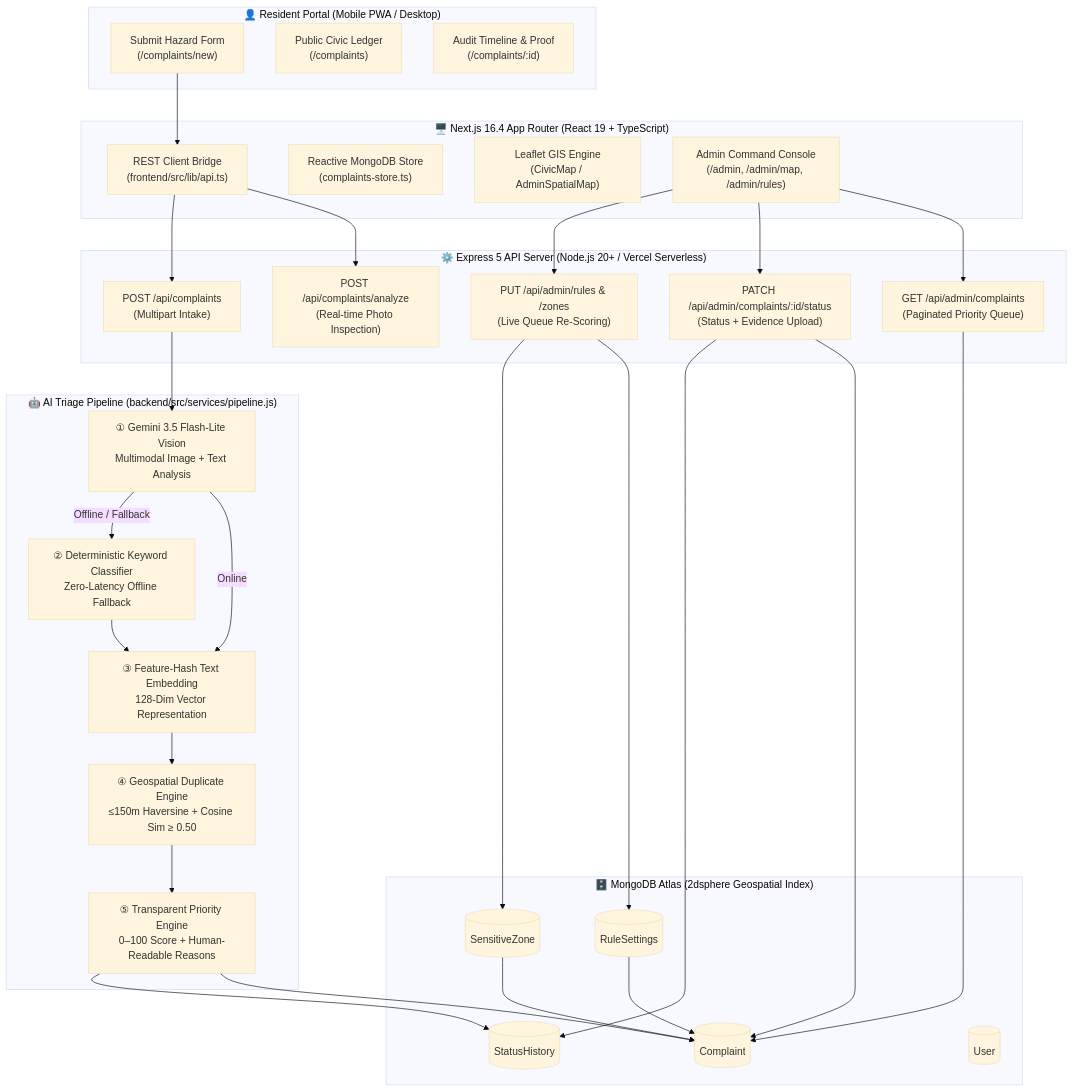
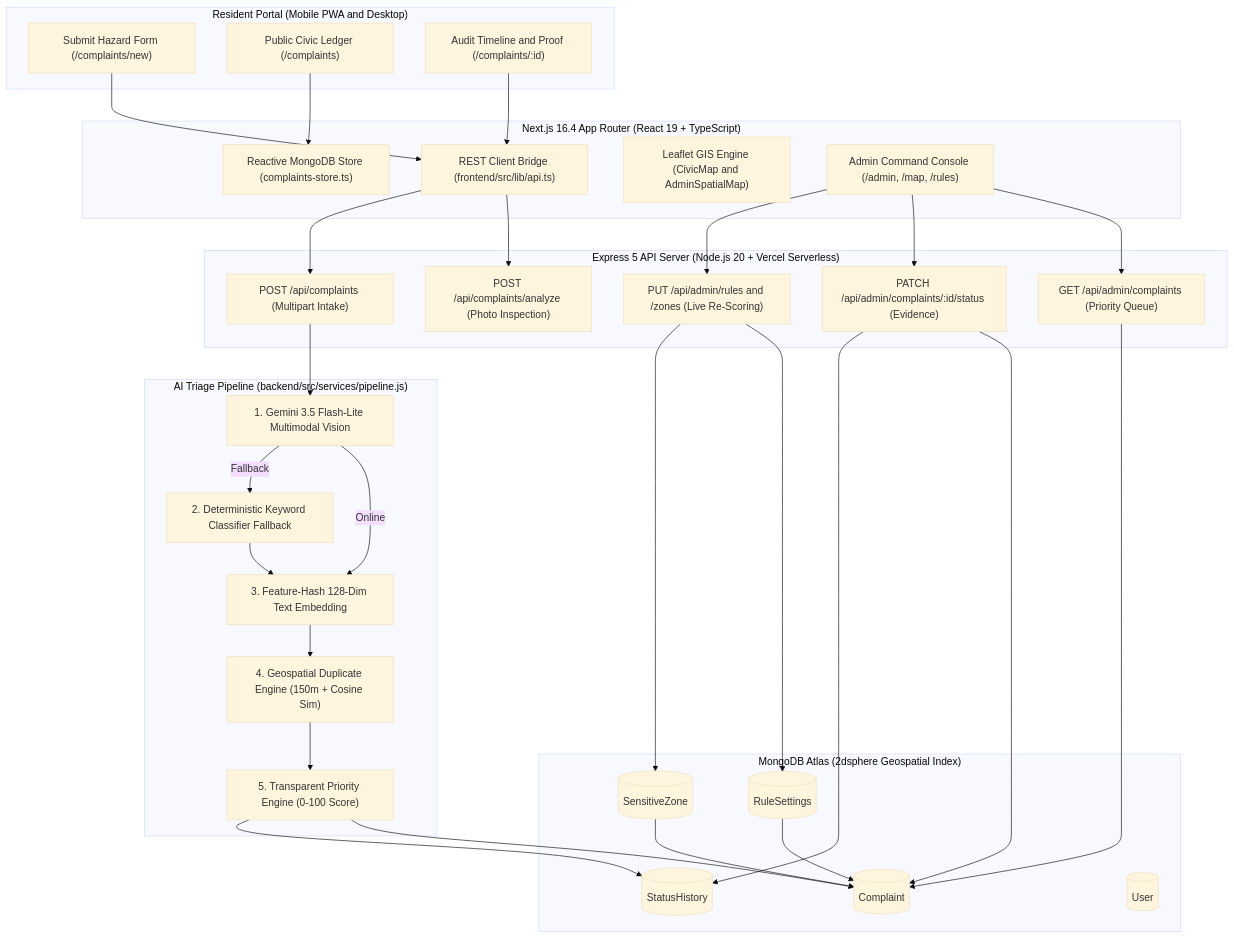
One commit to naqvi110k/civic-triage changed the diagram in README.md. Above: the diagram before and after it, drawn with Mermaid (base theme).

Commit message:
docs(readme): fix Mermaid flowchart syntax for GitHub renderer

````diff
--- a/README.md
+++ b/README.md
@@ -108,49 +108,63 @@
 ```mermaid
 flowchart TD
-    subgraph Resident["👤 Resident Portal (Mobile PWA / Desktop)"]
-        R1["Submit Hazard Form\n(/complaints/new)"]
-        R2["Public Civic Ledger\n(/complaints)"]
-        R3["Audit Timeline & Proof\n(/complaints/:id)"]
+    subgraph Resident["Resident Portal (Mobile PWA and Desktop)"]
+        R1["Submit Hazard Form (/complaints/new)"]
+        R2["Public Civic Ledger (/complaints)"]
+        R3["Audit Timeline and Proof (/complaints/:id)"]
     end
 
-    subgraph Frontend["🖥️ Next.js 16.4 App Router (React 19 + TypeScript)"]
-        F1["REST Client Bridge\n(frontend/src/lib/api.ts)"]
-        F2["Reactive MongoDB Store\n(complaints-store.ts)"]
-        F3["Leaflet GIS Engine\n(CivicMap / AdminSpatialMap)"]
-        F4["Admin Command Console\n(/admin, /admin/map, /admin/rules)"]
+    subgraph Frontend["Next.js 16.4 App Router (React 19 + TypeScript)"]
+        F1["REST Client Bridge (frontend/src/lib/api.ts)"]
+        F2["Reactive MongoDB Store (complaints-store.ts)"]
+        F3["Leaflet GIS Engine (CivicMap and AdminSpatialMap)"]
+        F4["Admin Command Console (/admin, /map, /rules)"]
     end
 
-    subgraph Backend["⚙️ Express 5 API Server (Node.js 20+ / Vercel Serverless)"]
-        B1["POST /api/complaints/analyze\n(Real-time Photo Inspection)"]
-        B2["POST /api/complaints\n(Multipart Intake)"]
-        B3["GET /api/admin/complaints\n(Paginated Priority Queue)"]
-        B4["PATCH /api/admin/complaints/:id/status\n(Status + Evidence Upload)"]
-        B5["PUT /api/admin/rules & /zones\n(Live Queue Re-Scoring)"]
+    subgraph Backend["Express 5 API Server (Node.js 20 + Vercel Serverless)"]
+        B1["POST /api/complaints/analyze (Photo Inspection)"]
+        B2["POST /api/complaints (Multipart Intake)"]
+        B3["GET /api/admin/complaints (Priority Queue)"]
+        B4["PATCH /api/admin/complaints/:id/status (Evidence)"]
+        B5["PUT /api/admin/rules and /zones (Live Re-Scoring)"]
     end
 
-    subgraph Pipeline["🤖 AI Triage Pipeline (backend/src/services/pipeline.js)"]
-        P1["① Gemini 3.5 Flash-Lite Vision\nMultimodal Image + Text Analysis"]
-        P2["② Deterministic Keyword Classifier\nZero-Latency Offline Fallback"]
-        P3["③ Feature-Hash Text Embedding\n128-Dim Vector Representation"]
-        P4["④ Geospatial Duplicate Engine\n≤150m Haversine + Cosine Sim ≥ 0.50"]
-        P5["⑤ Transparent Priority Engine\n0–100 Score + Human-Readable Reasons"]
+    subgraph Pipeline["AI Triage Pipeline (backend/src/services/pipeline.js)"]
+        P1["1. Gemini 3.5 Flash-Lite Multimodal Vision"]
+        P2["2. Deterministic Keyword Classifier Fallback"]
+        P3["3. Feature-Hash 128-Dim Text Embedding"]
+        P4["4. Geospatial Duplicate Engine (150m + Cosine Sim)"]
+        P5["5. Transparent Priority Engine (0-100 Score)"]
     end
 
-    subgraph Database["🗄️ MongoDB Atlas (2dsphere Geospatial Index)"]
+    subgraph Database["MongoDB Atlas (2dsphere Geospatial Index)"]
         M1[("Complaint")]
         M2[("StatusHistory")]
         M3[("RuleSettings")]
         M4[("SensitiveZone")]
         M5[("User")]
     end
 
-    R1 --> F1 --> B1 & B2
+    R1 --> F1
+    R2 --> F2
+    R3 --> F1
+    F1 --> B1
+    F1 --> B2
     B2 --> P1
-    P1 -->|"Online"| P3
-    P1 -->|"Offline / Fallback"| P2 --> P3
-    P3 --> P4 --> P5 --> M1 & M2
-    F4 --> B3 & B4 & B5
+    P1 -->|Online| P3
+    P1 -->|Fallback| P2
+    P2 --> P3
+    P3 --> P4
+    P4 --> P5
+    P5 --> M1
+    P5 --> M2
+    F4 --> B3
+    F4 --> B4
+    F4 --> B5
     B3 --> M1
-    B4 --> M1 & M2
-    B5 --> M3 & M4 --> M1
+    B4 --> M1
+    B4 --> M2
+    B5 --> M3
+    B5 --> M4
+    M3 --> M1
+    M4 --> M1
 ```
````
